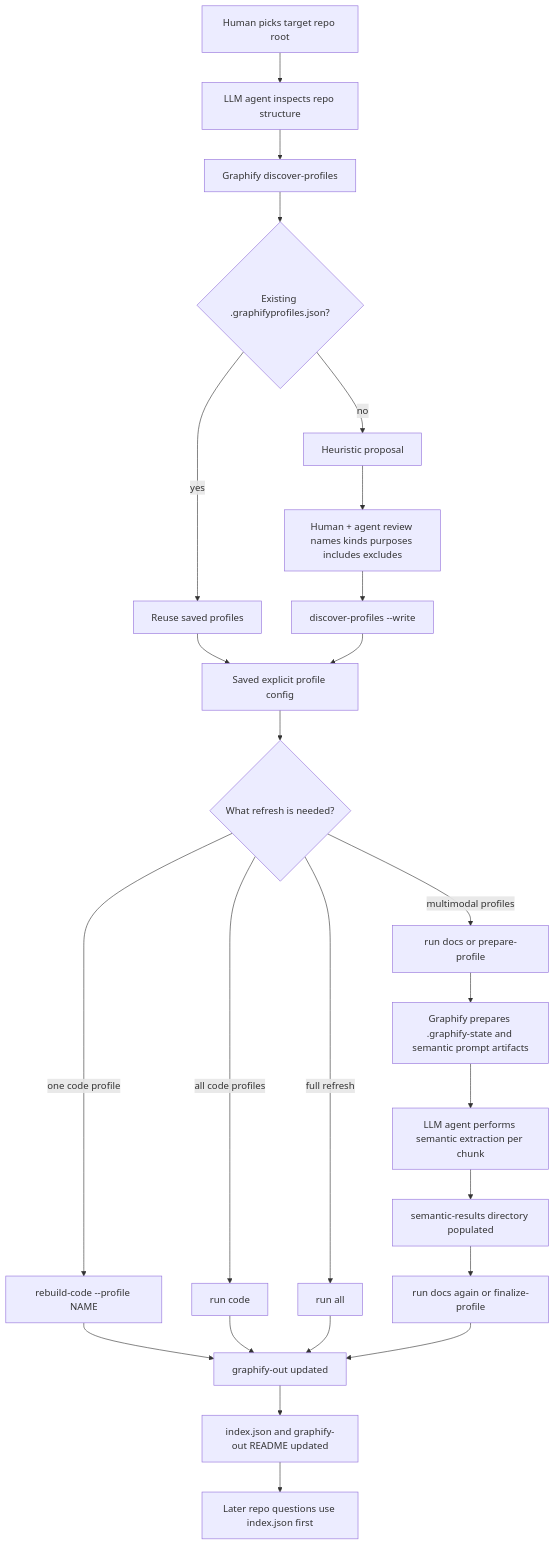
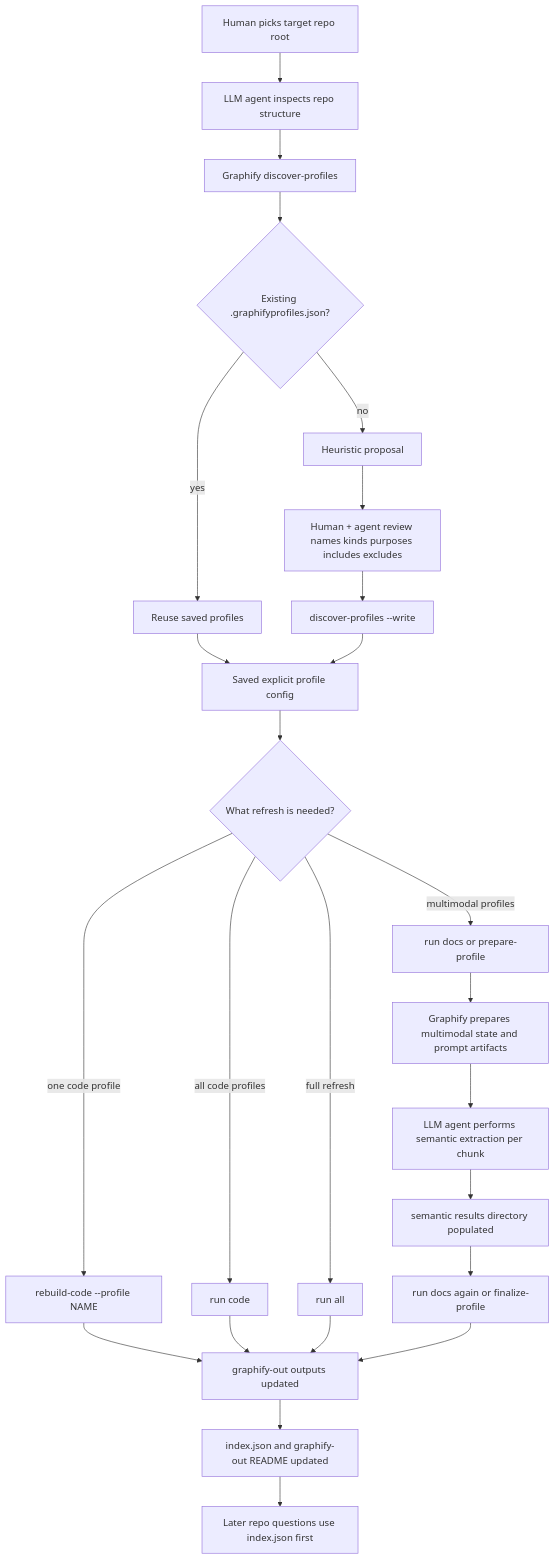
One commit to lballaty/graphify changed the first of 6 diagrams in GRAPHIFY-WORKFLOW-DIAGRAMS.md. Above: the diagram before and after it, drawn with Mermaid. The commit also changed other lines of this file, not shown here.

Commit message:
docs: simplify mermaid labels for github rendering

````diff
--- a/GRAPHIFY-WORKFLOW-DIAGRAMS.md
+++ b/GRAPHIFY-WORKFLOW-DIAGRAMS.md
@@ -187,27 +187,27 @@
 ```mermaid
 flowchart TD
     A[Human picks target repo root] --> B[LLM agent inspects repo structure]
     B --> C[Graphify discover-profiles]
     C --> D{Existing .graphifyprofiles.json?}
     D -- yes --> E[Reuse saved profiles]
     D -- no --> F[Heuristic proposal]
     F --> G[Human + agent review names kinds purposes includes excludes]
     G --> H[discover-profiles --write]
     E --> I[Saved explicit profile config]
     H --> I
     I --> J{What refresh is needed?}
     J -- one code profile --> K[rebuild-code --profile NAME]
     J -- all code profiles --> L[run code]
     J -- multimodal profiles --> M[run docs or prepare-profile]
     J -- full refresh --> N[run all]
-    M --> O[Graphify prepares .graphify-state and semantic prompt artifacts]
+    M --> O[Graphify prepares multimodal state and prompt artifacts]
     O --> P[LLM agent performs semantic extraction per chunk]
-    P --> Q[semantic-results directory populated]
+    P --> Q[semantic results directory populated]
     Q --> R[run docs again or finalize-profile]
-    K --> S[graphify-out updated]
+    K --> S[graphify-out outputs updated]
     L --> S
     N --> S
     R --> S
     S --> T[index.json and graphify-out README updated]
     T --> U[Later repo questions use index.json first]
 ```
````
